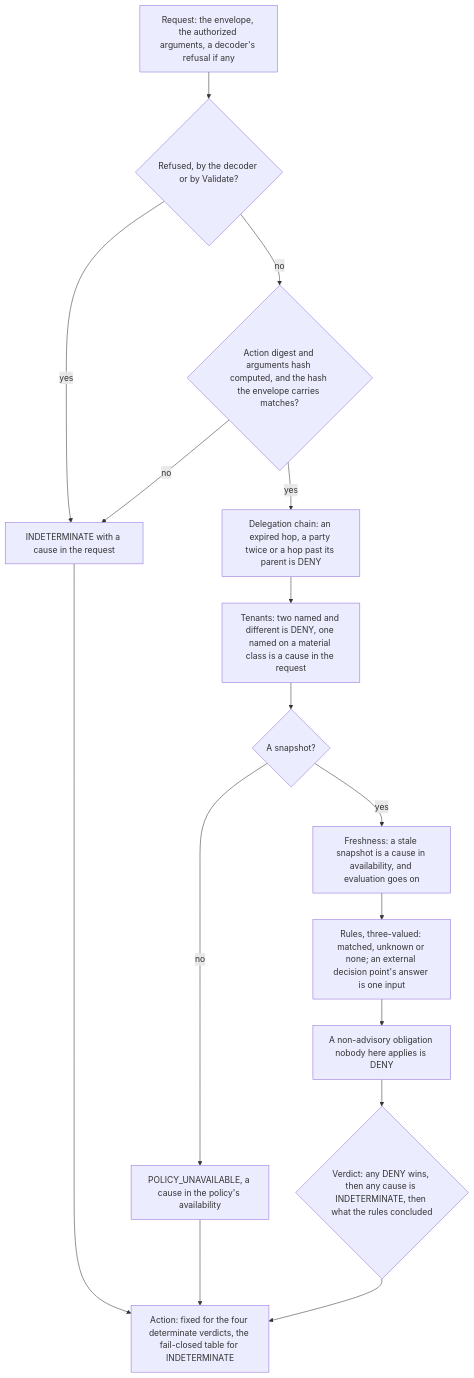
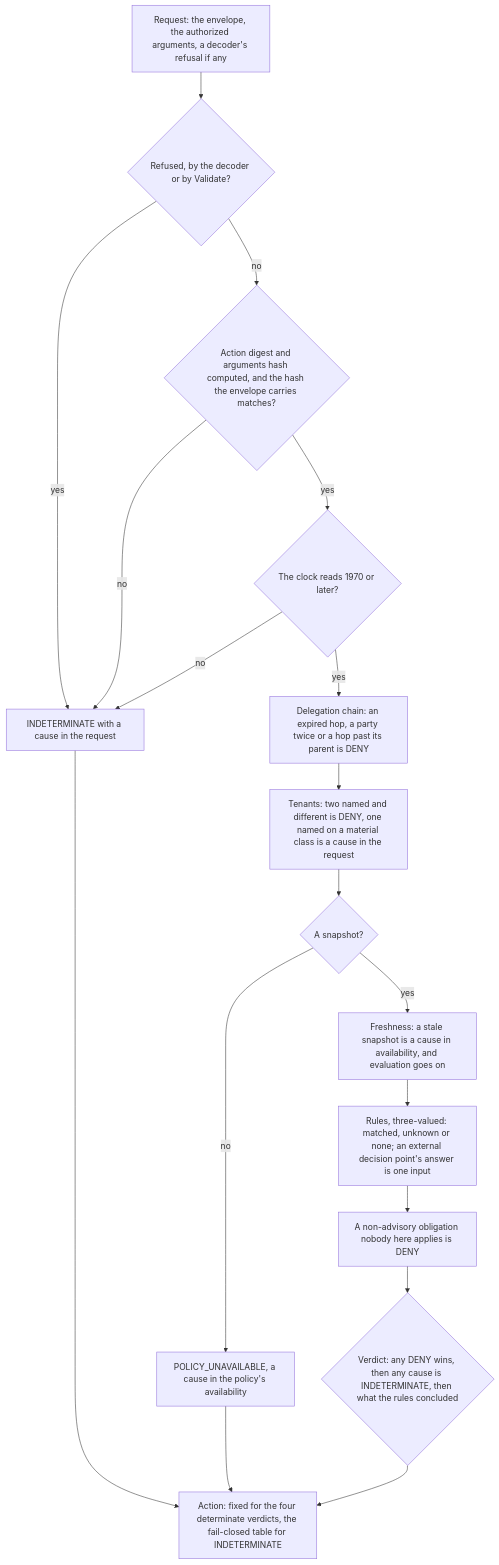
One commit to guardana/control changed the diagram in docs/concepts/how-a-call-is-decided.md. Above: the diagram before and after it, drawn with Mermaid. The commit also changed other lines of this file and 11 other files, not shown here.

````diff
--- a/docs/concepts/how-a-call-is-decided.md
+++ b/docs/concepts/how-a-call-is-decided.md
@@ -20,20 +20,22 @@
 ```mermaid
 flowchart TD
     accTitle: The order of a decision
-    accDescr: A refused or mismatched request is INDETERMINATE; otherwise the delegation chain, the tenants, the snapshot and its freshness, the rules and the obligations are read in turn; any DENY wins, any cause makes the verdict INDETERMINATE, and the action follows from the verdict.
+    accDescr: A refused or mismatched request, or a clock reading before 1970, is INDETERMINATE; otherwise the delegation chain, the tenants, the snapshot and its freshness, the rules and the obligations are read in turn; any DENY wins, any cause makes the verdict INDETERMINATE, and the action follows from the verdict.
     A["Request: the envelope, the authorized arguments, a decoder's refusal if any"] --> B{"Refused, by the decoder or by Validate?"}
     B -->|yes| R["INDETERMINATE with a cause in the request"]
     B -->|no| C{"Action digest and arguments hash computed, and the hash the envelope carries matches?"}
     C -->|no| R
-    C -->|yes| D["Delegation chain: an expired hop, a party twice or a hop past its parent is DENY"]
+    C -->|yes| K{"The clock reads 1970 or later?"}
+    K -->|no| R
+    K -->|yes| D["Delegation chain: an expired hop, a party twice or a hop past its parent is DENY"]
     D --> E["Tenants: two named and different is DENY, one named on a material class is a cause in the request"]
     E --> F{"A snapshot?"}
     F -->|no| U["POLICY_UNAVAILABLE, a cause in the policy's availability"]
     F -->|yes| G["Freshness: a stale snapshot is a cause in availability, and evaluation goes on"]
     G --> H["Rules, three-valued: matched, unknown or none; an external decision point's answer is one input"]
     H --> I["A non-advisory obligation nobody here applies is DENY"]
     I --> V{"Verdict: any DENY wins, then any cause is INDETERMINATE, then what the rules concluded"}
     R --> T["Action: fixed for the four determinate verdicts, the fail-closed table for INDETERMINATE"]
     U --> T
     V --> T
 ```
````
